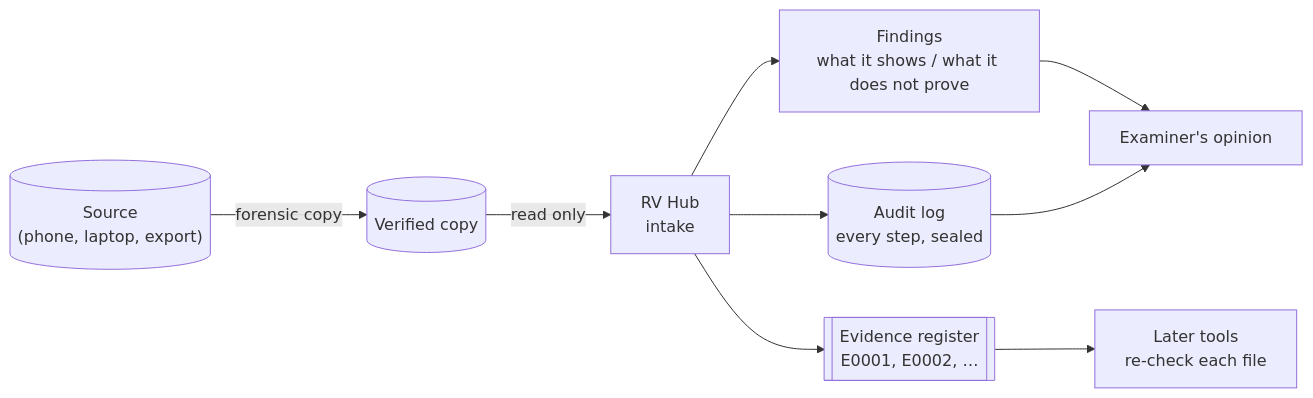
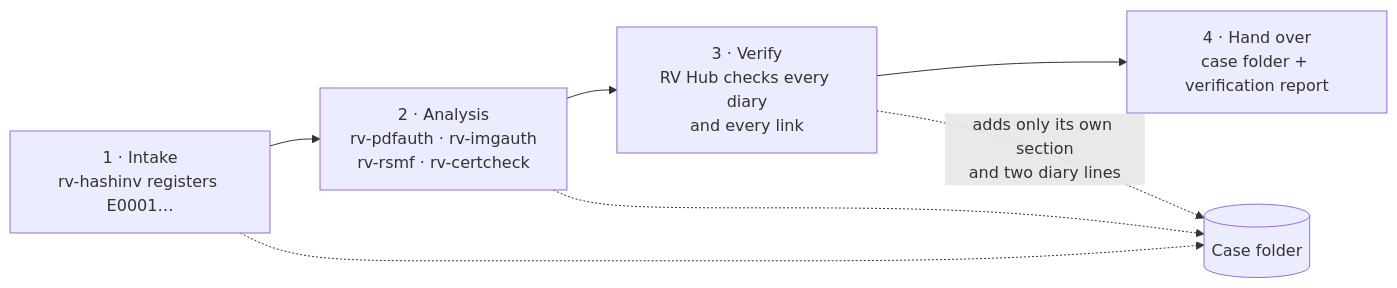
The first of 6 diagrams in docs/theory.md (Panacota96/rv-hub), drawn with Mermaid before and after one commit. The commit also changed other lines of this file and 6 other files, not shown here.

````diff
--- a/docs/theory.md
+++ b/docs/theory.md
@@ -69,11 +64,9 @@
 ```mermaid
 flowchart LR
-    S[("Source<br/>(phone, laptop, export)")] -->|forensic copy| C[("Verified copy")]
-    C -->|read only| T["RV Hub<br/>intake"]
-    T --> F["Findings<br/>what it shows / what it does not prove"]
-    T --> R[["Evidence register<br/>E0001, E0002, …"]]
-    T --> L[("Audit log<br/>every step, sealed")]
-    R --> A["Later tools<br/>re-check each file"]
-    F --> E["Examiner's opinion"]
-    L --> E
+    I["1 · Intake<br/>rv-hashinv registers E0001…"] --> A["2 · Analysis<br/>rv-pdfauth · rv-imgauth<br/>rv-rsmf · rv-certcheck"]
+    A --> V["3 · Verify<br/>RV Hub checks every diary<br/>and every link"]
+    V --> H["4 · Hand over<br/>case folder + verification report"]
+    I -.-> C[("Case folder")]
+    A -.-> C
+    V -.->|"adds only its own section<br/>and two diary lines"| C
 ```
````
